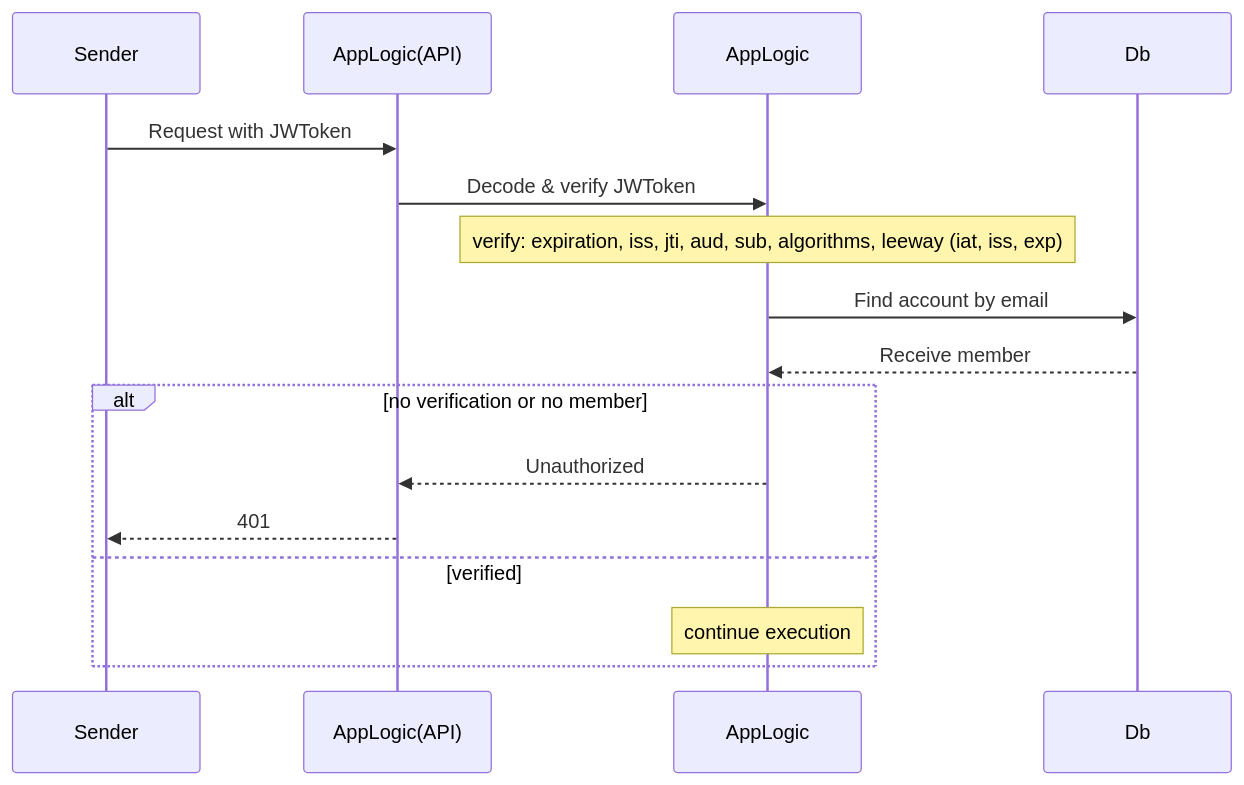
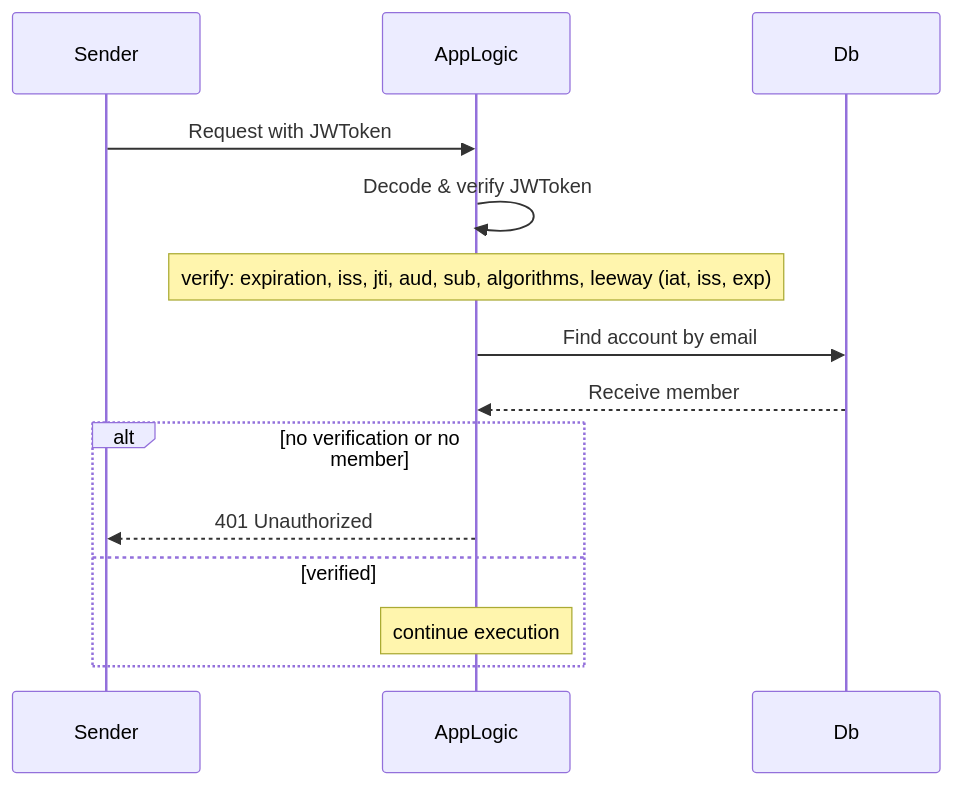
Before and after one commit to sergii-savchenko/rkcp_arch: the diagram in content/999.010.jwt.md, drawn with Mermaid. The commit also changed 3 other files, not shown here.

````diff
--- a/content/999.010.jwt.md
+++ b/content/999.010.jwt.md
@@ -4,19 +4,17 @@
 ```mermaid
 sequenceDiagram
     participant Sender
-    participant AppLogic(API)
     participant AppLogic
     participant Db
 
-    Sender->>AppLogic(API): Request with JWToken
-    AppLogic(API)->>AppLogic: Decode & verify JWToken
+    Sender->>AppLogic: Request with JWToken
+    AppLogic->>AppLogic: Decode & verify JWToken
     Note over AppLogic: verify: expiration, iss, jti, aud, sub, algorithms, leeway (iat, iss, exp)
     AppLogic->>Db: Find account by email
     Db-->>AppLogic: Receive member
     alt no verification or no member
-        AppLogic-->>AppLogic(API): Unauthorized
-        AppLogic(API)-->>Sender: 401
+        AppLogic-->>Sender: 401 Unauthorized
     else verified
         Note over AppLogic: continue execution
     end
 ```
````
